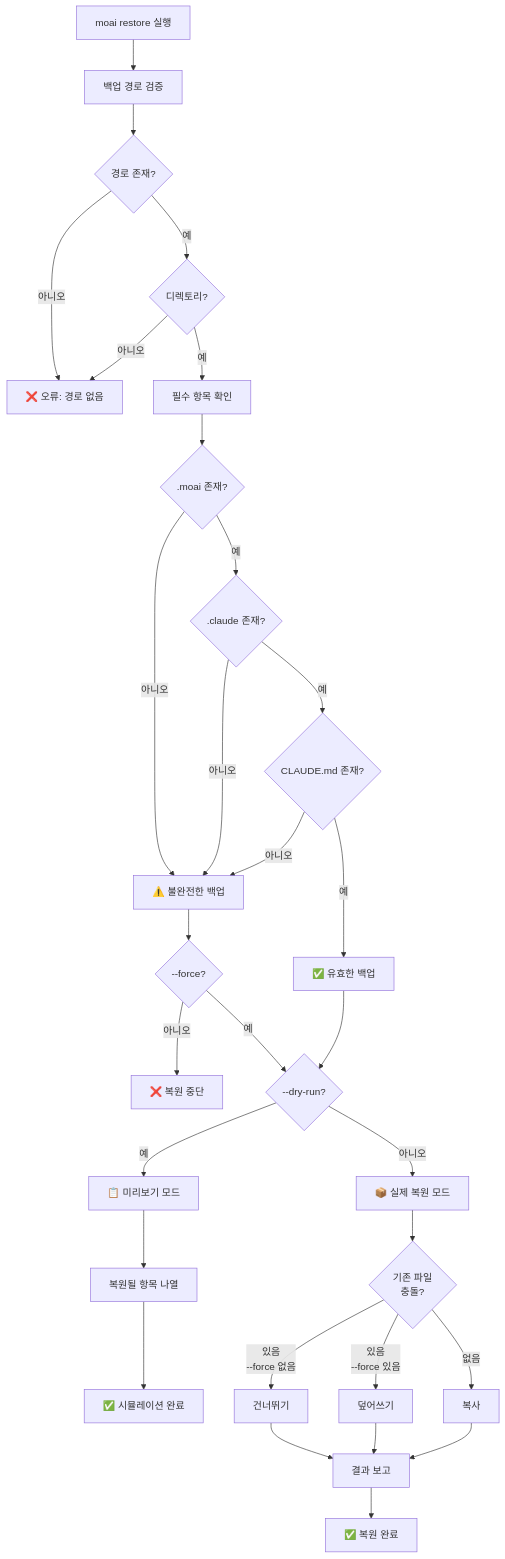
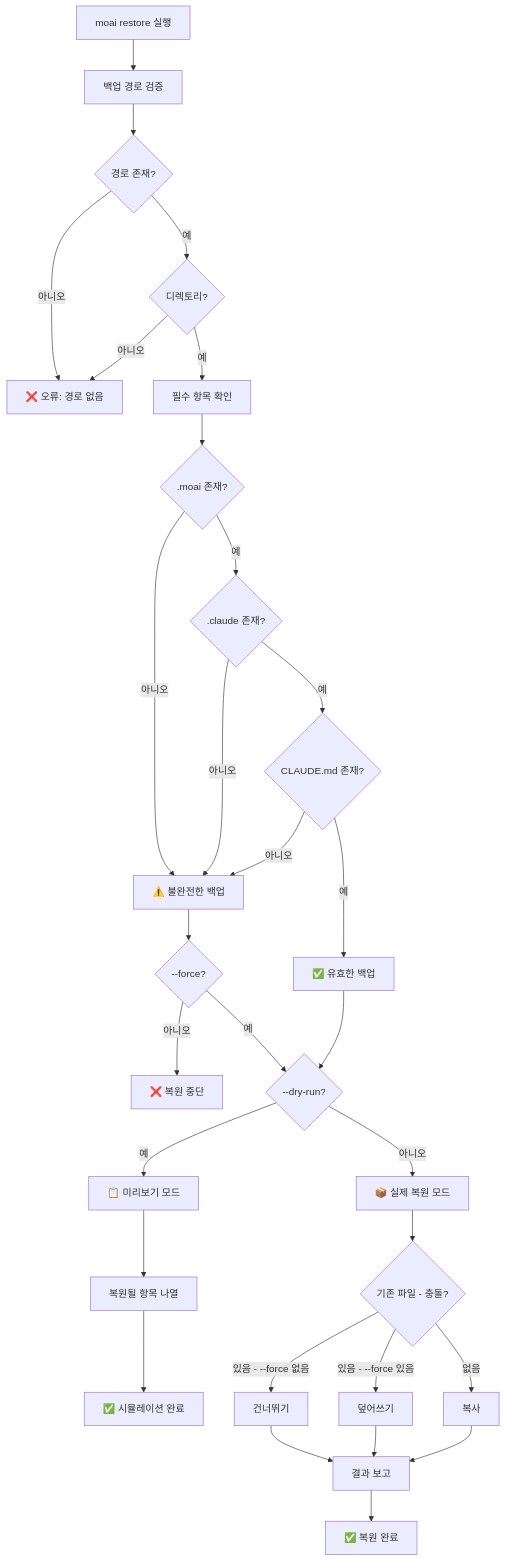
The first of 3 diagrams in docs/cli/restore.md (modu-ai/moai-adk), drawn with Mermaid before and after one commit. The commit also changed other lines of this file and 447 other files, not shown here.

````diff
--- a/docs/cli/restore.md
+++ b/docs/cli/restore.md
@@ -17,39 +17,39 @@
 ```mermaid
 flowchart TD
     A["moai restore 실행"] --> B["백업 경로 검증"]
     B --> C{"경로 존재?"}
     C -->|아니오| Z["❌ 오류: 경로 없음"]
     C -->|예| D{"디렉토리?"}
     D -->|아니오| Z
     D -->|예| E["필수 항목 확인"]
 
     E --> F{".moai 존재?"}
     F -->|아니오| G["⚠️ 불완전한 백업"]
     F -->|예| H{".claude 존재?"}
     H -->|아니오| G
     H -->|예| I{"CLAUDE.md 존재?"}
     I -->|아니오| G
     I -->|예| J["✅ 유효한 백업"]
 
     G --> K{"--force?"}
     K -->|아니오| Z2["❌ 복원 중단"]
     K -->|예| L{"--dry-run?"}
 
     J --> L
     L -->|예| M["📋 미리보기 모드"]
     L -->|아니오| N["📦 실제 복원 모드"]
 
     M --> O["복원될 항목 나열"]
     O --> P["✅ 시뮬레이션 완료"]
 
-    N --> Q{"기존 파일<br/>충돌?"}
-    Q -->|"있음<br/>--force 없음"| R["건너뛰기"]
-    Q -->|"있음<br/>--force 있음"| S["덮어쓰기"]
+    N --> Q{"기존 파일 - 충돌?"}
+    Q -->|"있음 - --force 없음"| R["건너뛰기"]
+    Q -->|"있음 - --force 있음"| S["덮어쓰기"]
     Q -->|없음| T["복사"]
 
     R --> U["결과 보고"]
     S --> U
     T --> U
     U --> V["✅ 복원 완료"]
 
 ```
````
